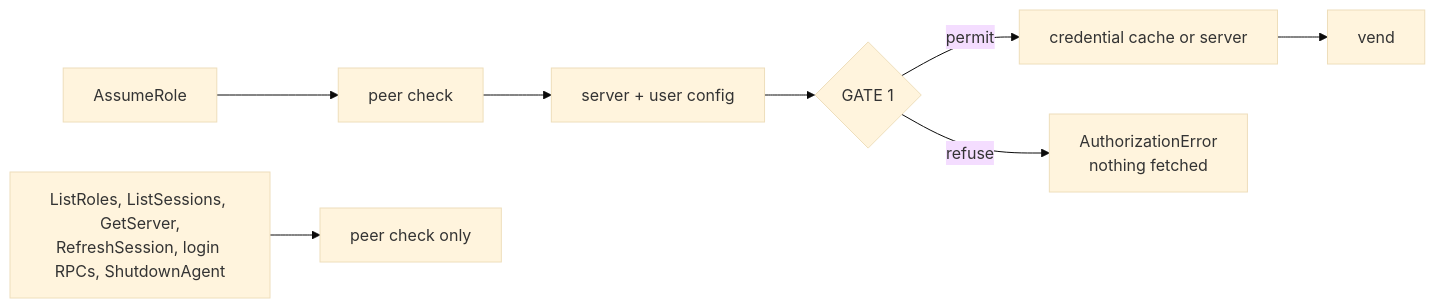
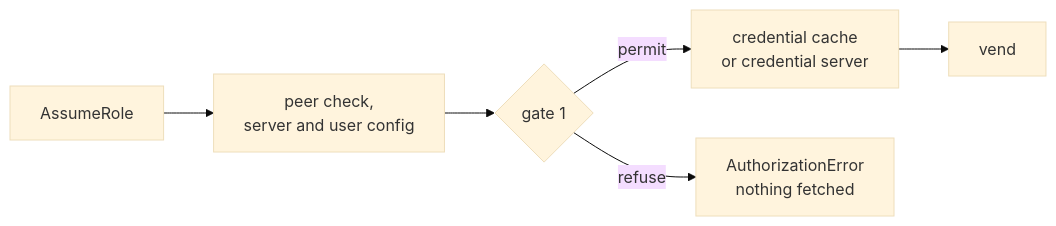
The first of 3 diagrams in docs/specs/007-authorization.md (sorah/mairu), drawn with Mermaid (base theme) before and after one commit. The commit also changed other lines of this file and 17 other files, not shown here.

First line of the commit message:
docs/specs: rework diagrams and helper locations

````diff
--- a/docs/specs/007-authorization.md
+++ b/docs/specs/007-authorization.md
@@ -26,7 +26,6 @@
 ```mermaid
 flowchart LR
-  AR["AssumeRole"] --> PC["peer check"] --> CFG["server + user config"] --> G1{"GATE 1"}
-  G1 -- "permit" --> F["credential cache or server"] --> V["vend"]
+  AR["AssumeRole"] --> PC["peer check,<br/>server and user config"] --> G1{"gate 1"}
+  G1 -- "permit" --> F["credential cache<br/>or credential server"] --> V["vend"]
   G1 -- "refuse" --> X["AuthorizationError<br/>nothing fetched"]
-  O["ListRoles, ListSessions, GetServer,<br/>RefreshSession, login RPCs, ShutdownAgent"] --> PC2["peer check only"]
 ```
````
